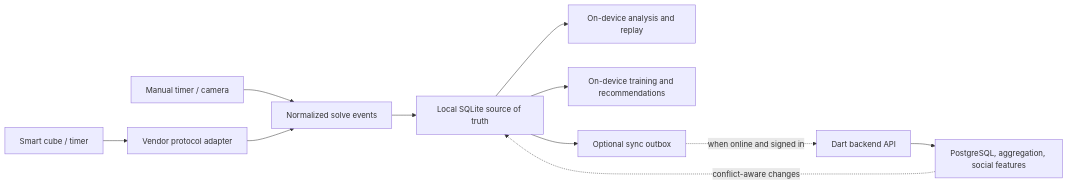
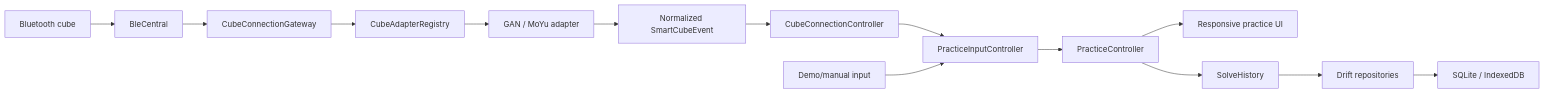
One commit to Hyponauts/Crubik changed the diagram in docs/crubik-product-vision.md. Above: the diagram before and after it, drawn with Mermaid. The commit also changed other lines of this file, not shown here.

````diff
--- a/docs/crubik-product-vision.md
+++ b/docs/crubik-product-vision.md
@@ -127,13 +196,16 @@
 ```mermaid
 flowchart LR
-    Cube["Smart cube / timer"] --> Adapter["Vendor protocol adapter"]
-    Manual["Manual timer / camera"] --> Events["Normalized solve events"]
-    Adapter --> Events
-    Events --> Local["Local SQLite source of truth"]
-    Local --> Analysis["On-device analysis and replay"]
-    Local --> Training["On-device training and recommendations"]
-    Local --> Outbox["Optional sync outbox"]
-    Outbox -. "when online and signed in" .-> API["Dart backend API"]
-    API --> Cloud["PostgreSQL, aggregation, social features"]
-    Cloud -. "conflict-aware changes" .-> Local
+    BLE["Bluetooth cube"] --> Central["BleCentral"]
+    Central --> Gateway["CubeConnectionGateway"]
+    Gateway --> Registry["CubeAdapterRegistry"]
+    Registry --> Adapter["GAN / MoYu adapter"]
+    Adapter --> Events["Normalized SmartCubeEvent"]
+    Events --> Connection["CubeConnectionController"]
+    Connection --> Input["PracticeInputController"]
+    Demo["Demo/manual input"] --> Input
+    Input --> Practice["PracticeController"]
+    Practice --> UI["Responsive practice UI"]
+    Practice --> History["SolveHistory"]
+    History --> Drift["Drift repositories"]
+    Drift --> Local["SQLite / IndexedDB"]
 ```
````
